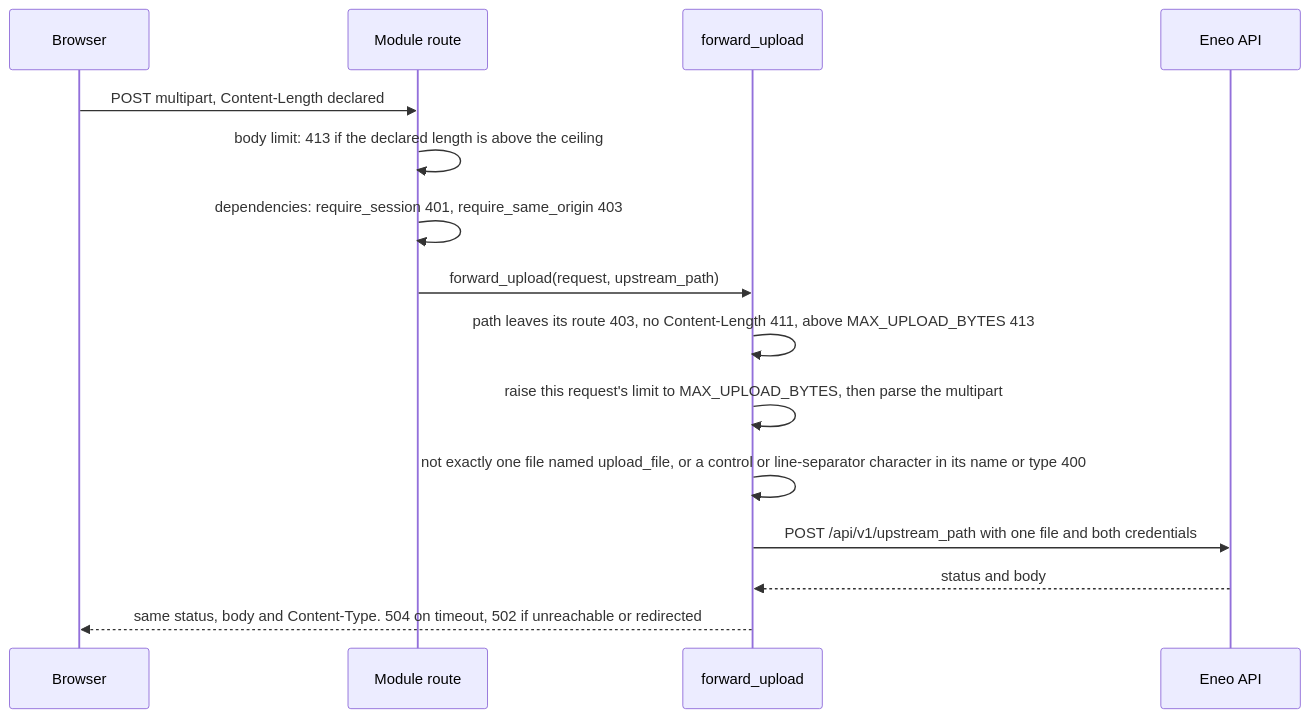
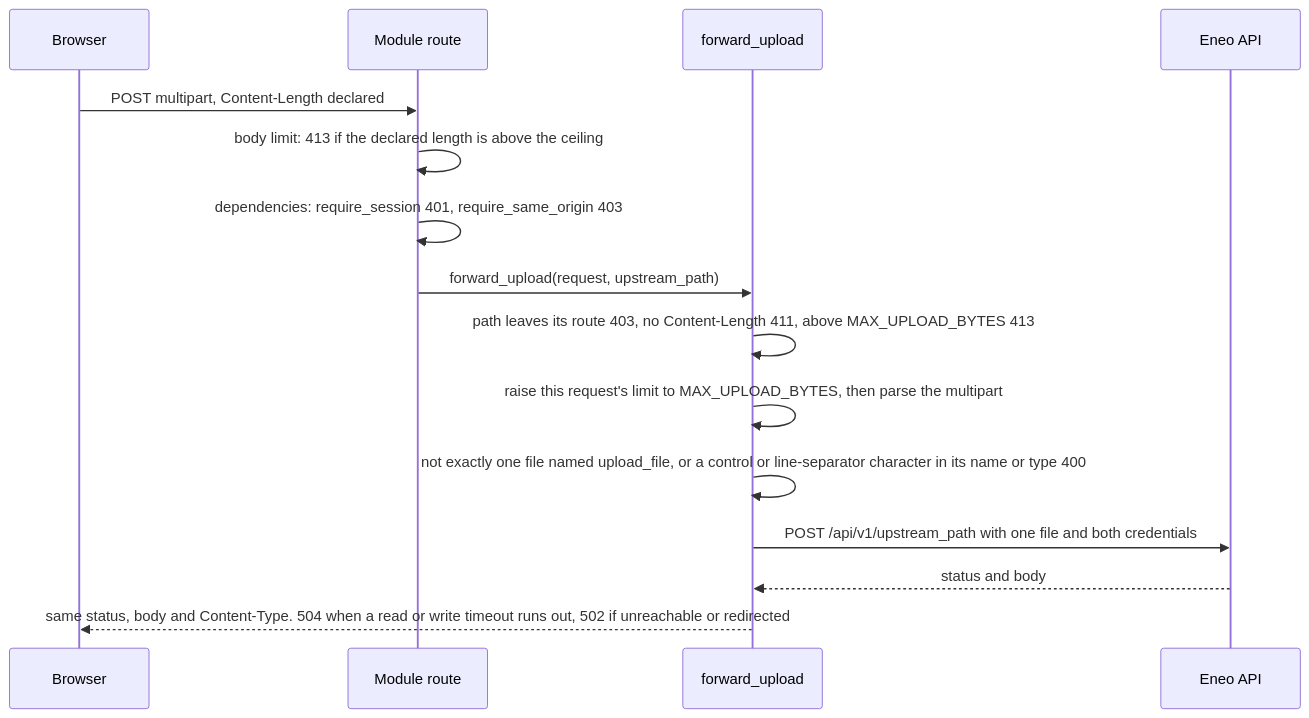
Before and after one commit to eneo-ai/eneo-module-kit: the seventh of 9 diagrams in docs/architecture.md, drawn with Mermaid. The commit also changed other lines of this file and 4 other files, not shown here.

````diff
--- a/docs/architecture.md
+++ b/docs/architecture.md
@@ -187,17 +187,17 @@
 ```mermaid
 sequenceDiagram
   participant B as Browser
   participant R as Module route
   participant F as forward_upload
   participant A as Eneo API
   B->>R: POST multipart, Content-Length declared
   R->>R: body limit: 413 if the declared length is above the ceiling
   R->>R: dependencies: require_session 401, require_same_origin 403
   R->>F: forward_upload(request, upstream_path)
   F->>F: path leaves its route 403, no Content-Length 411, above MAX_UPLOAD_BYTES 413
   F->>F: raise this request's limit to MAX_UPLOAD_BYTES, then parse the multipart
   F->>F: not exactly one file named upload_file, or a control or line-separator character in its name or type 400
   F->>A: POST /api/v1/upstream_path with one file and both credentials
   A-->>F: status and body
-  F-->>B: same status, body and Content-Type. 504 on timeout, 502 if unreachable or redirected
+  F-->>B: same status, body and Content-Type. 504 when a read or write timeout runs out, 502 if unreachable or redirected
 ```
````
